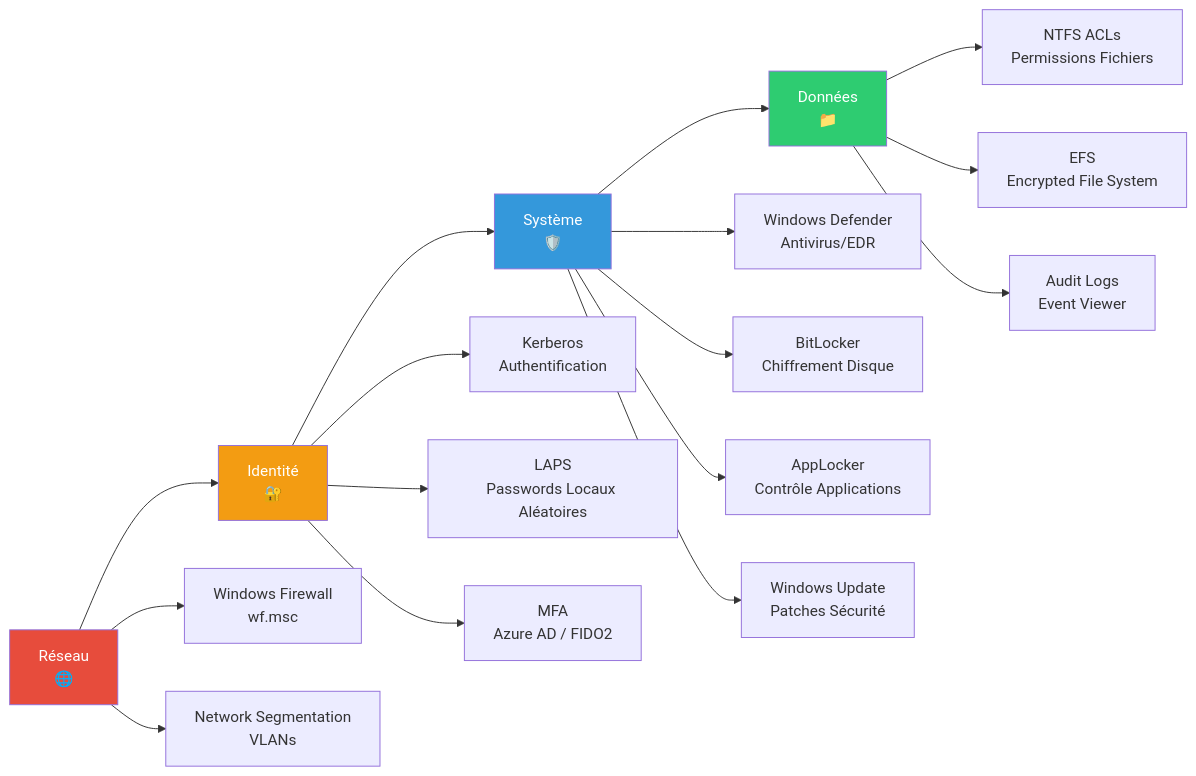
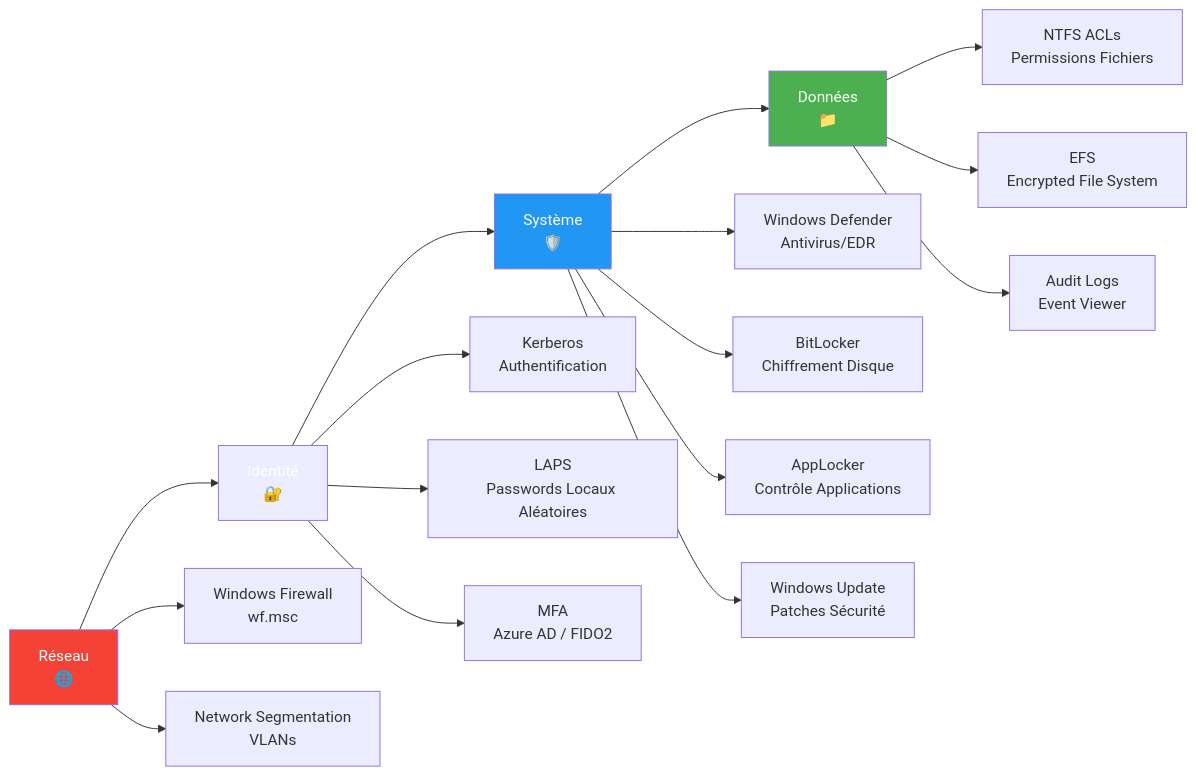
One commit to VBlackJack/ShellBook changed the seventh of 9 diagrams in docs/windows/windows-mindmaps.md. Above: the diagram before and after it, drawn with Mermaid. The commit also changed other lines of this file and 337 other files, not shown here.

First line of the commit message:
refactor(docs): Standardize code blocks and Mermaid colors

````diff
--- a/docs/windows/windows-mindmaps.md
+++ b/docs/windows/windows-mindmaps.md
@@ -254,27 +254,27 @@
 ```mermaid
 graph LR
     A[Réseau<br/>🌐] --> B[Identité<br/>🔐]
     B --> C[Système<br/>🛡️]
     C --> D[Données<br/>📁]
 
     A --> A1["Windows Firewall<br/>wf.msc"]
     A --> A2["Network Segmentation<br/>VLANs"]
 
     B --> B1["Kerberos<br/>Authentification"]
     B --> B2["LAPS<br/>Passwords Locaux Aléatoires"]
     B --> B3["MFA<br/>Azure AD / FIDO2"]
 
     C --> C1["Windows Defender<br/>Antivirus/EDR"]
     C --> C2["BitLocker<br/>Chiffrement Disque"]
     C --> C3["AppLocker<br/>Contrôle Applications"]
     C --> C4["Windows Update<br/>Patches Sécurité"]
 
     D --> D1["NTFS ACLs<br/>Permissions Fichiers"]
     D --> D2["EFS<br/>Encrypted File System"]
     D --> D3["Audit Logs<br/>Event Viewer"]
 
-    style A fill:#e74c3c,color:#fff
-    style B fill:#f39c12,color:#fff
-    style C fill:#3498db,color:#fff
-    style D fill:#2ecc71,color:#fff
+    style A fill:#f44336,color:#fff
+    style B fill:#FF9800800800,color:#fff
+    style C fill:#2196F3,color:#fff
+    style D fill:#4CAF50,color:#fff
 ```
````
